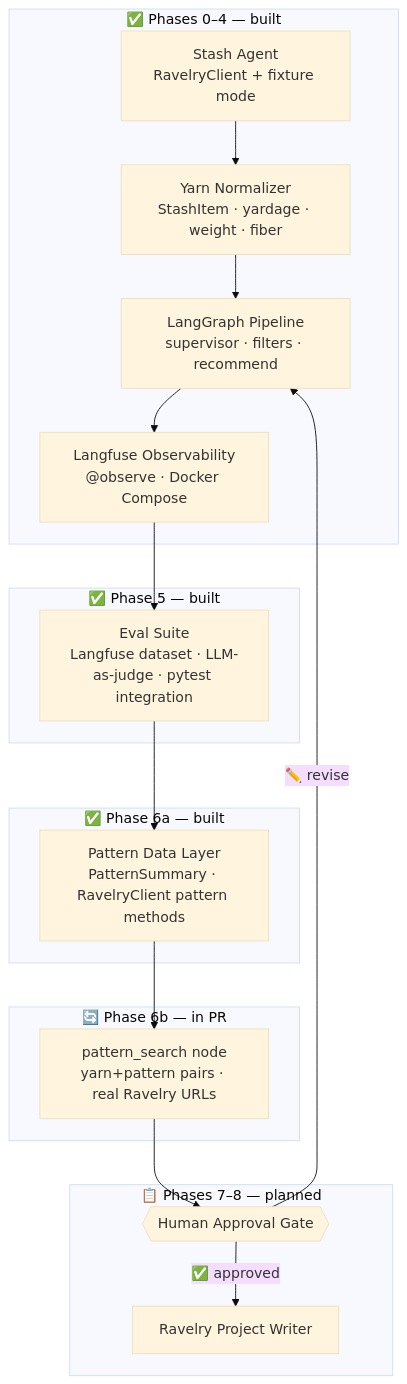
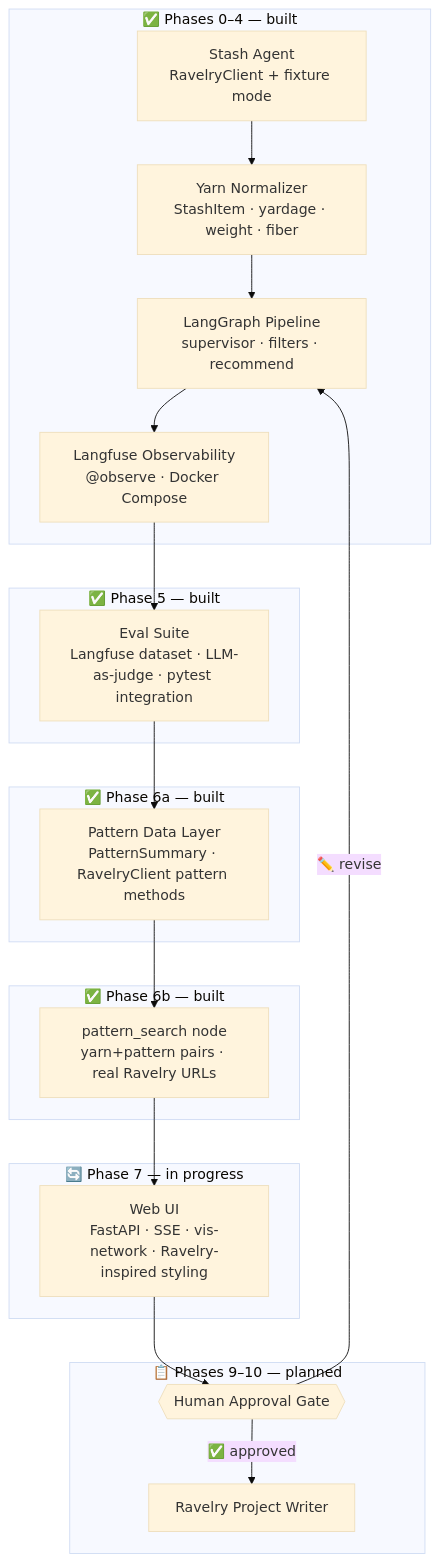
One commit to ReneeErnst/skein-minder changed the second of 2 diagrams in README.md. Above: the diagram before and after it, drawn with Mermaid (base theme). The commit also changed other lines of this file and 1 other file, not shown here.

Commit message:
docs: renumber phases — Web UI is Phase 7, cleanup is Phase 8
Phase UI → Phase 7 (Web UI, FastAPI + SSE + vis-network)
Phase 8 cleanup backlog keeps its number
Phase 7 Human approval → Phase 9
Phase 8 Ravelry write-back → Phase 10
Phase 9 External integrations → Phase 11
Phase 10 Documentation polish → Phase 12

Updates all cross-references (approval modal seams, click.confirm
migration note, external integrations note) to use the new numbers.
README roadmap table updated; 6b status updated to Complete.

````diff
--- a/README.md
+++ b/README.md
@@ -41,31 +41,35 @@
 ```mermaid
 flowchart TD
     subgraph built ["✅ Phases 0–4 — built"]
         Stash["Stash Agent\nRavelryClient + fixture mode"]
         Norm["Yarn Normalizer\nStashItem · yardage · weight · fiber"]
         Graph["LangGraph Pipeline\nsupervisor · filters · recommend"]
         Obs["Langfuse Observability\n@observe · Docker Compose"]
     end
 
     subgraph built2 ["✅ Phase 5 — built"]
         Eval["Eval Suite\nLangfuse dataset · LLM-as-judge · pytest integration"]
     end
 
     subgraph built3 ["✅ Phase 6a — built"]
         PatternData["Pattern Data Layer\nPatternSummary · RavelryClient pattern methods"]
     end
 
-    subgraph inprogress ["🔄 Phase 6b — in PR"]
+    subgraph built4 ["✅ Phase 6b — built"]
         PatternSearch["pattern_search node\nyarn+pattern pairs · real Ravelry URLs"]
     end
 
-    subgraph future ["📋 Phases 7–8 — planned"]
+    subgraph inprogress ["🔄 Phase 7 — in progress"]
+        WebUI["Web UI\nFastAPI · SSE · vis-network · Ravelry-inspired styling"]
+    end
+
+    subgraph future ["📋 Phases 9–10 — planned"]
         Gate{{"Human Approval Gate"}}
         Writer["Ravelry Project Writer"]
     end
 
     Stash --> Norm --> Graph --> Obs --> Eval
-    Eval --> PatternData --> PatternSearch --> Gate -->|"✅ approved"| Writer
+    Eval --> PatternData --> PatternSearch --> WebUI --> Gate -->|"✅ approved"| Writer
     Gate -->|"✏️ revise"| Graph
 
 ```
````
